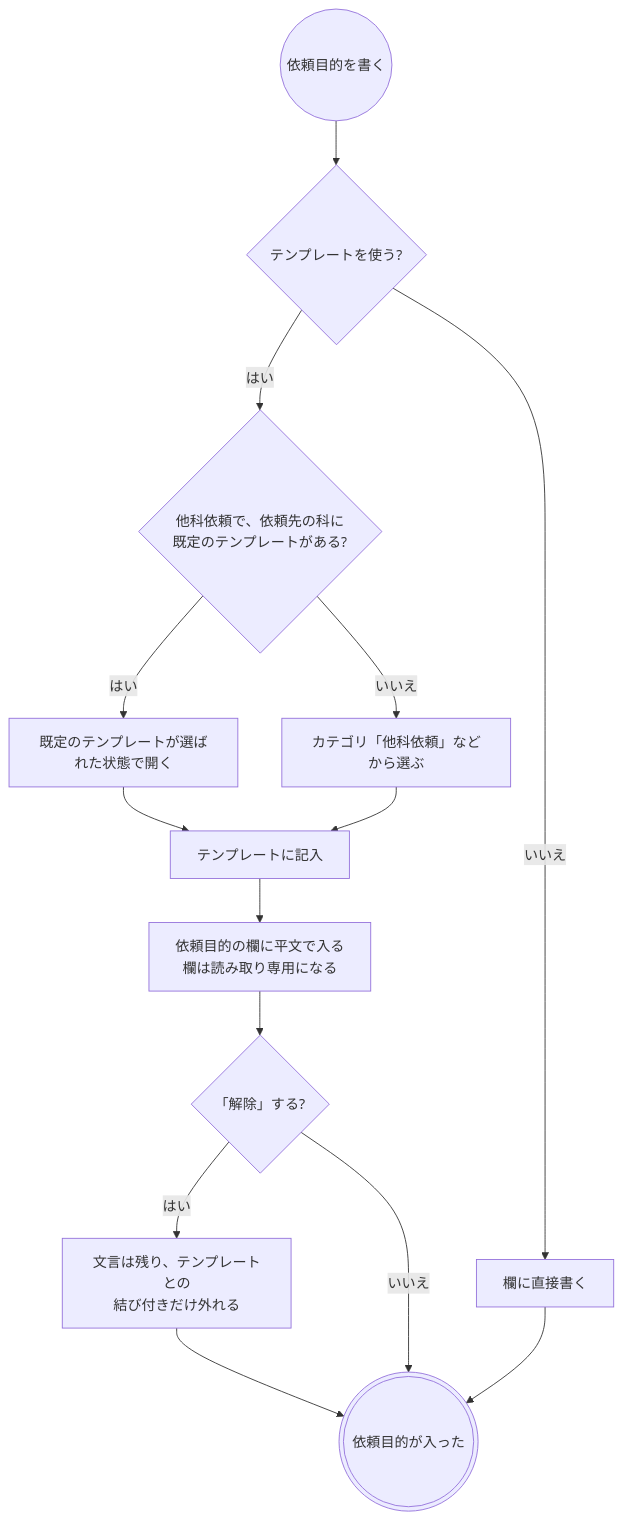
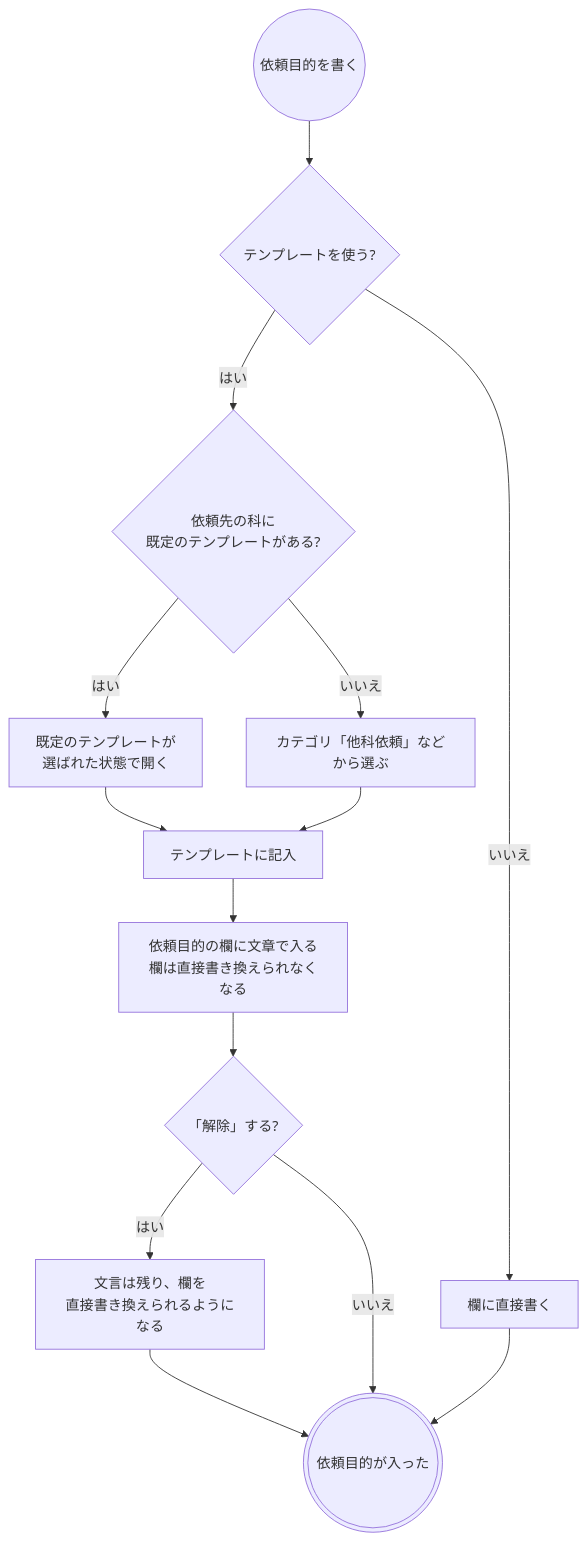
One commit to ysnr-dev/fhir-client-docs changed the fourth of 6 diagrams in docs/flows/consult-team.md. Above: the diagram before and after it, drawn with Mermaid. The commit also changed other lines of this file and 43 other files, not shown here.

Commit message:
docs: 業務フローとシーケンス図を写し直し

````diff
--- a/docs/flows/consult-team.md
+++ b/docs/flows/consult-team.md
@@ -166,23 +182,23 @@
 ```mermaid
 flowchart TD
   pick(("依頼目的を書く"))
   use{"テンプレートを使う?"}
-  preset{"他科依頼で、依頼先の科に<br/>既定のテンプレートがある?"}
-  selected["既定のテンプレートが選ばれた状態で開く"]
+  preset{"依頼先の科に<br/>既定のテンプレートがある?"}
+  selected["既定のテンプレートが<br/>選ばれた状態で開く"]
   choose["カテゴリ「他科依頼」などから選ぶ"]
   fill["テンプレートに記入"]
-  text["依頼目的の欄に平文で入る<br/>欄は読み取り専用になる"]
+  text["依頼目的の欄に文章で入る<br/>欄は直接書き換えられなくなる"]
   unlink{"「解除」する?"}
   free["欄に直接書く"]
-  kept["文言は残り、テンプレートとの<br/>結び付きだけ外れる"]
+  kept["文言は残り、欄を<br/>直接書き換えられるようになる"]
   done((("依頼目的が入った")))
 
   pick --> use
   use -- "はい" --> preset
   preset -- "はい" --> selected --> fill
   preset -- "いいえ" --> choose --> fill
   fill --> text --> unlink
   unlink -- "はい" --> kept --> done
   unlink -- "いいえ" --> done
   use -- "いいえ" --> free --> done
 ```
````
